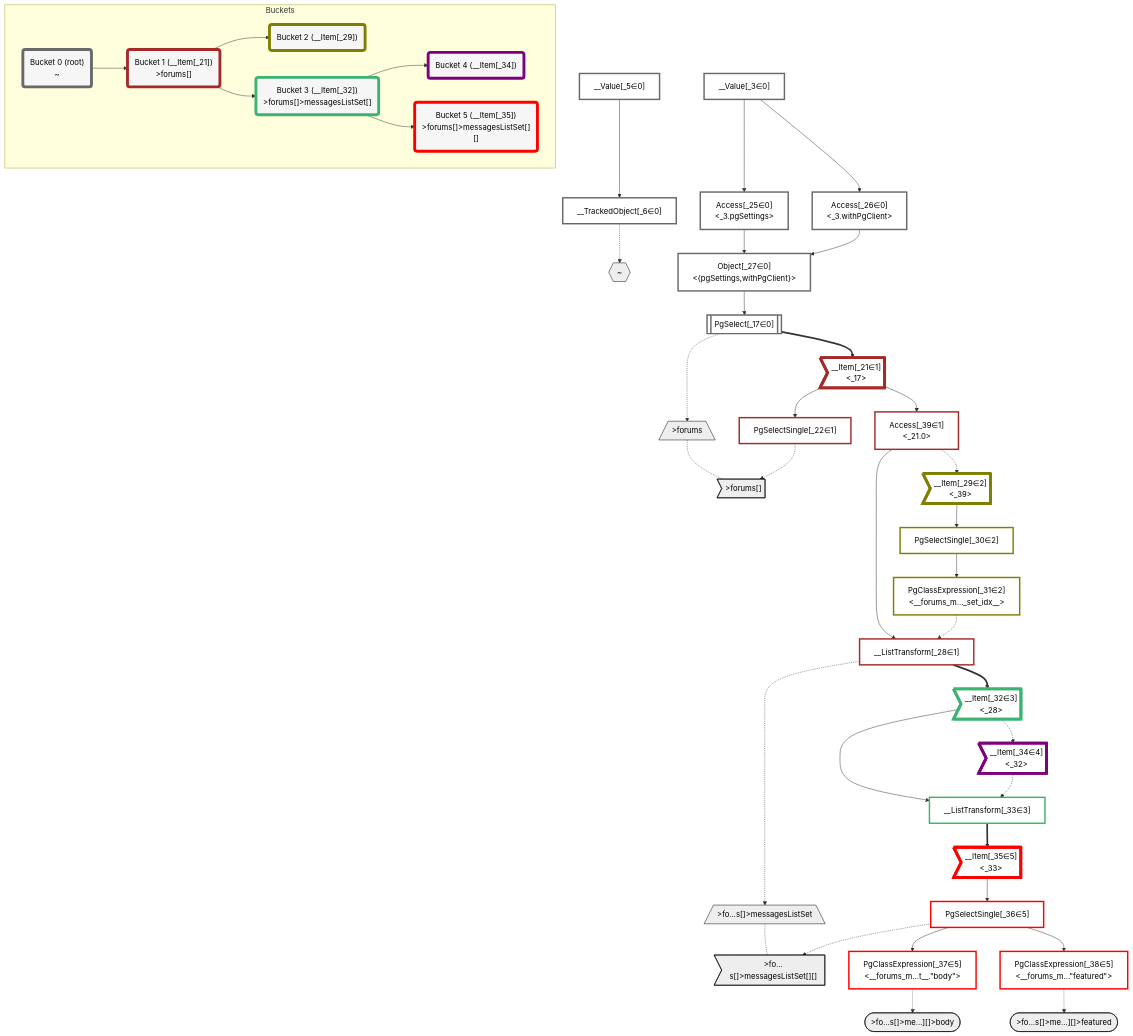
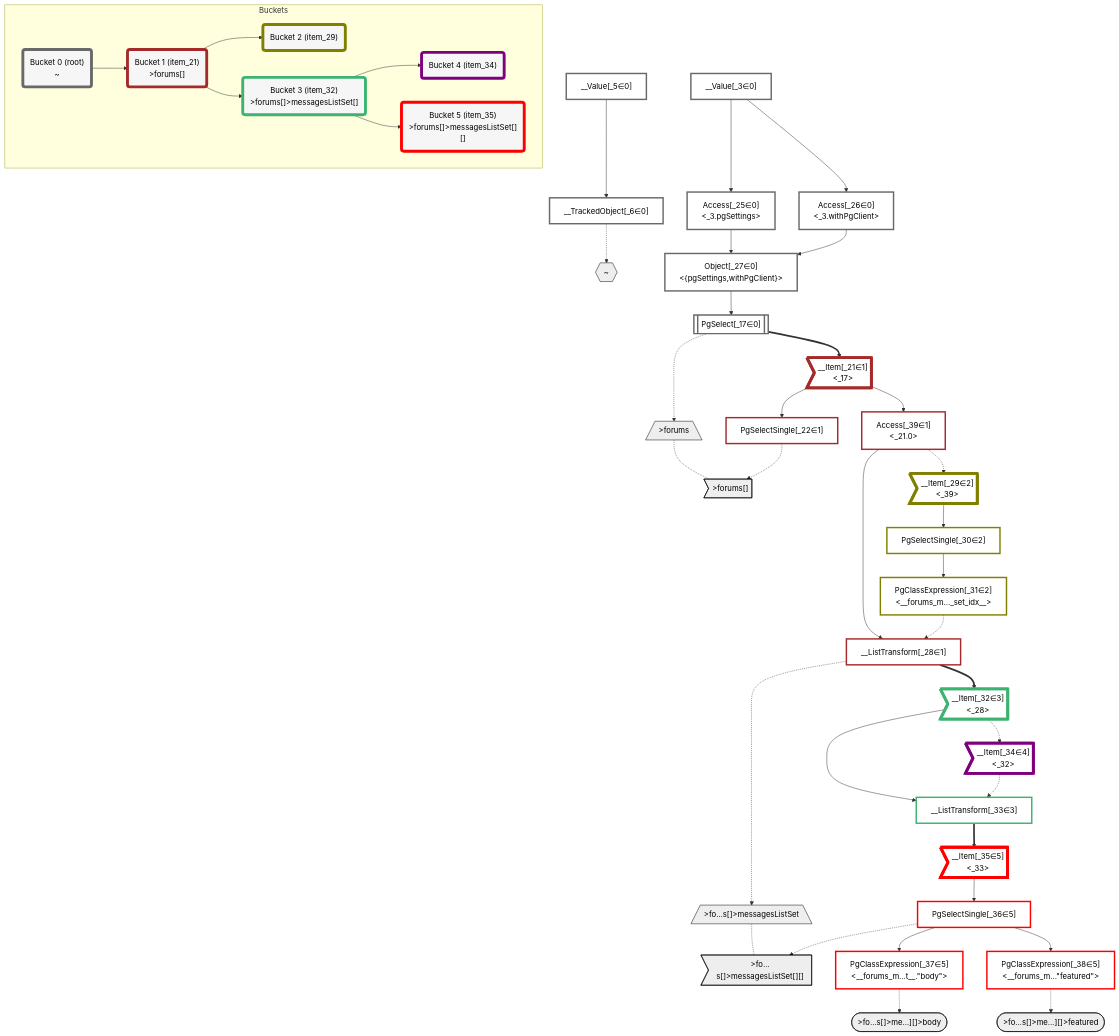
One commit to graphile/crystal changed the diagram in packages/dataplan-pg/__tests__/queries/functions/computed-column-forums-messages-list-set.mermaid.md. Above: the diagram before and after it, drawn with Mermaid. The commit also changed 159 other files, not shown here.

```diff
--- a/packages/dataplan-pg/__tests__/queries/functions/computed-column-forums-messages-list-set.mermaid.md
+++ b/packages/dataplan-pg/__tests__/queries/functions/computed-column-forums-messages-list-set.mermaid.md
@@ -95,19 +95,19 @@
     subgraph Buckets
     Bucket0("Bucket 0 (root)<br />~"):::bucket
     style Bucket0 stroke:#696969
-    Bucket1("Bucket 1 (__Item[_21])<br />>forums[]"):::bucket
+    Bucket1("Bucket 1 (item_21)<br />>forums[]"):::bucket
     style Bucket1 stroke:#a52a2a
     Bucket0 --> Bucket1
-    Bucket2("Bucket 2 (__Item[_29])"):::bucket
+    Bucket2("Bucket 2 (item_29)"):::bucket
     style Bucket2 stroke:#808000
     Bucket1 --> Bucket2
-    Bucket3("Bucket 3 (__Item[_32])<br />>forums[]>messagesListSet[]"):::bucket
+    Bucket3("Bucket 3 (item_32)<br />>forums[]>messagesListSet[]"):::bucket
     style Bucket3 stroke:#3cb371
     Bucket1 --> Bucket3
-    Bucket4("Bucket 4 (__Item[_34])"):::bucket
+    Bucket4("Bucket 4 (item_34)"):::bucket
     style Bucket4 stroke:#7f007f
     Bucket3 --> Bucket4
-    Bucket5("Bucket 5 (__Item[_35])<br />>forums[]>messagesListSet[][]"):::bucket
+    Bucket5("Bucket 5 (item_35)<br />>forums[]>messagesListSet[][]"):::bucket
     style Bucket5 stroke:#ff0000
     Bucket3 --> Bucket5
     end
```
